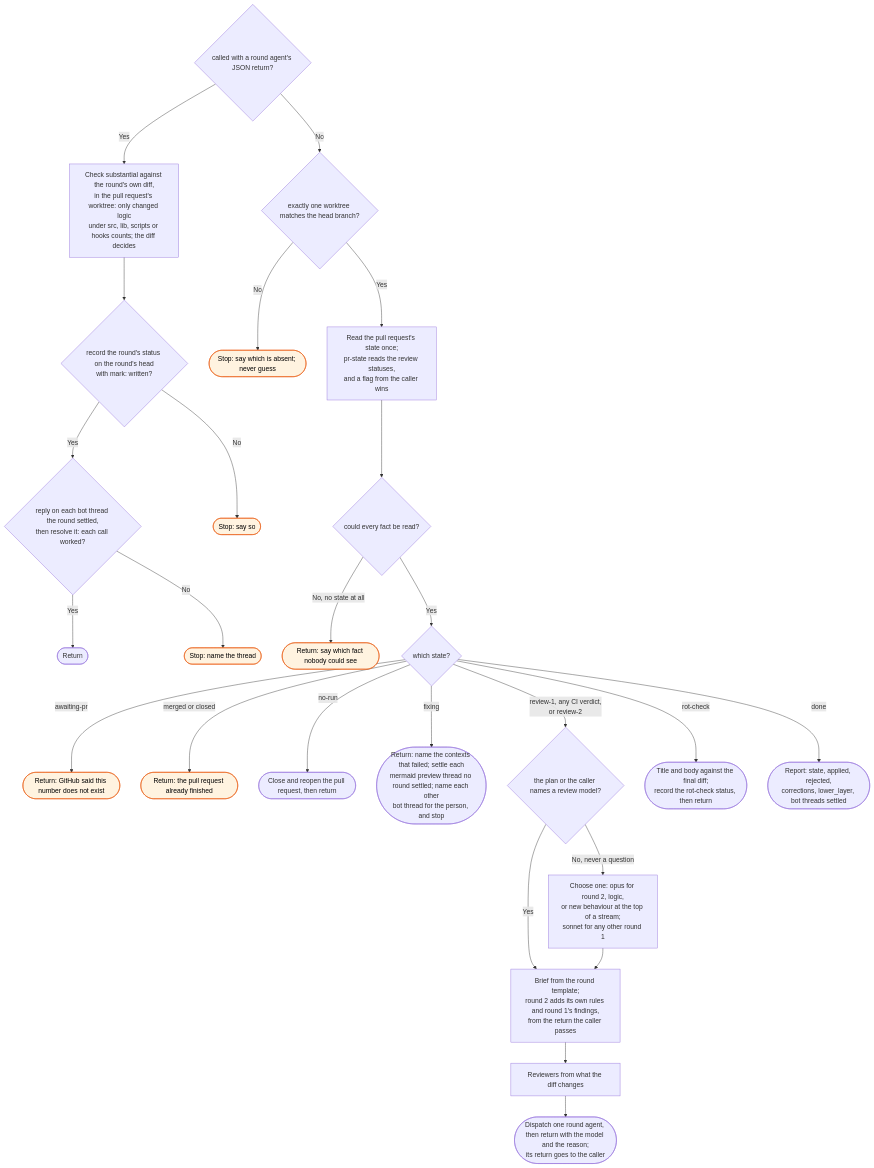
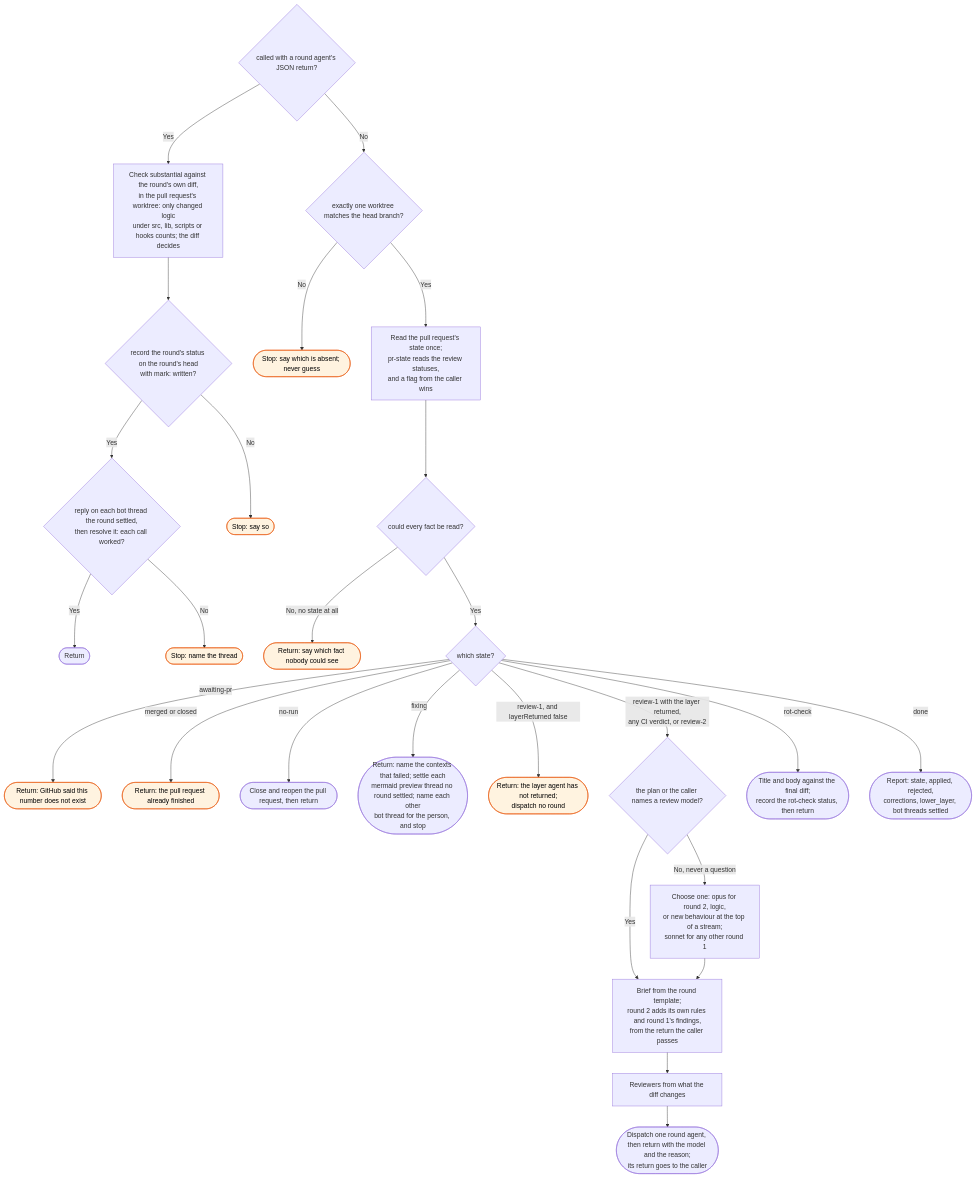
One commit to bje-settings/claude changed the diagram in docs/flows/workstreams/review/_skill-flow.md. Above: the diagram before and after it, drawn with Mermaid. The commit also changed 18 other files, not shown here.

First line of the commit message:
fix(workstreams): record a layer's return as a status before review round 1 (#437)

````diff
--- a/docs/flows/workstreams/review/_skill-flow.md
+++ b/docs/flows/workstreams/review/_skill-flow.md
@@ -15,34 +15,35 @@
 ```mermaid
 flowchart TD
     R0{called with a round agent's JSON return?}
     R0 -->|Yes| RS[Check substantial against the round's own diff,<br/>in the pull request's worktree: only changed logic<br/>under src, lib, scripts or hooks counts; the diff decides]
     RS --> R2{record the round's status on the round's head<br/>with mark: written?}
     R2 -->|Yes| BT{reply on each bot thread the round settled,<br/>then resolve it: each call worked?}
     R2 -->|No| R3([Stop: say so]):::stop
     BT -->|Yes| R1([Return])
     BT -->|No| BT1([Stop: name the thread]):::stop
     R0 -->|No| W{exactly one worktree matches the head branch?}
     W -->|No| W1([Stop: say which is absent; never guess]):::stop
     W -->|Yes| C[Read the pull request's state once;<br/>pr-state reads the review statuses,<br/>and a flag from the caller wins]
 
     C --> D{could every fact be read?}
     D -->|No, no state at all| D1([Return: say which fact nobody could see]):::stop
     D -->|Yes| E{which state?}
 
     E -->|awaiting-pr| E1([Return: GitHub said this number does not exist]):::stop
     E -->|merged or closed| E1b([Return: the pull request already finished]):::stop
     E -->|no-run| F([Close and reopen the pull request, then return])
     E -->|fixing| G2([Return: name the contexts that failed; settle each<br/>mermaid preview thread no round settled; name each other<br/>bot thread for the person, and stop])
 
-    E -->|review-1, any CI verdict,<br/>or review-2| M{the plan or the caller names a review model?}
+    E -->|review-1, and layerReturned false| EL([Return: the layer agent has not returned;<br/>dispatch no round]):::stop
+    E -->|review-1 with the layer returned,<br/>any CI verdict, or review-2| M{the plan or the caller names a review model?}
     M -->|Yes| I
     M -->|No, never a question| M1[Choose one: opus for round 2, logic,<br/>or new behaviour at the top of a stream;<br/>sonnet for any other round 1] --> I
     I[Brief from the round template;<br/>round 2 adds its own rules and round 1's findings,<br/>from the return the caller passes]
     I --> J[Reviewers from what the diff changes]
     J --> K([Dispatch one round agent, then return with the model and the reason;<br/>its return goes to the caller])
 
     E -->|rot-check| Q([Title and body against the final diff;<br/>record the rot-check status, then return])
     E -->|done| S([Report: state, applied, rejected,<br/>corrections, lower_layer, bot threads settled])
 
     classDef stop fill:#fff3e0,stroke:#e65100,color:#000
 ```
````
